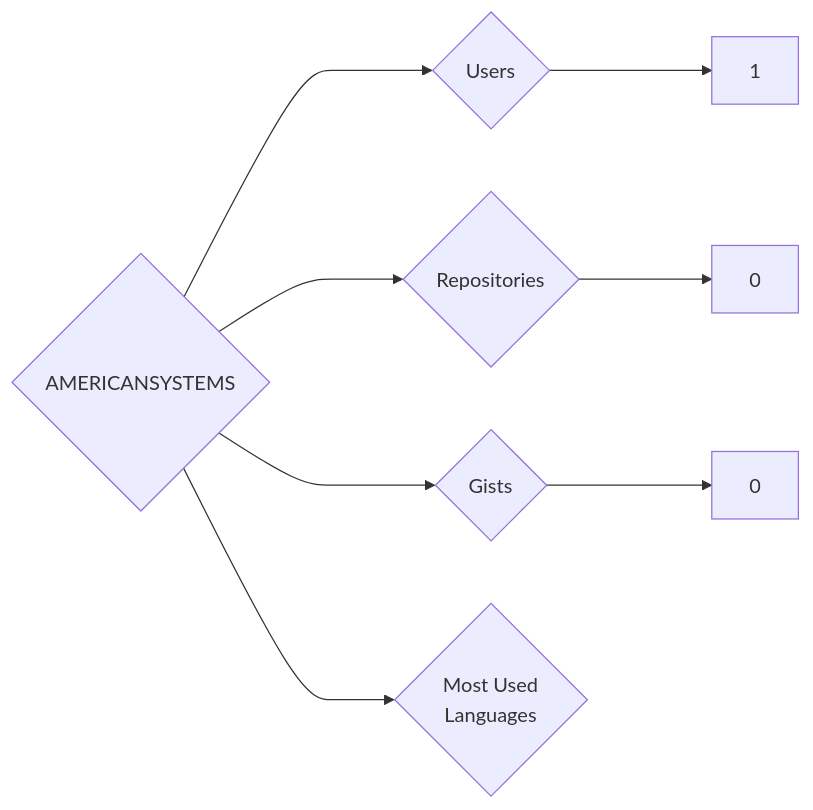
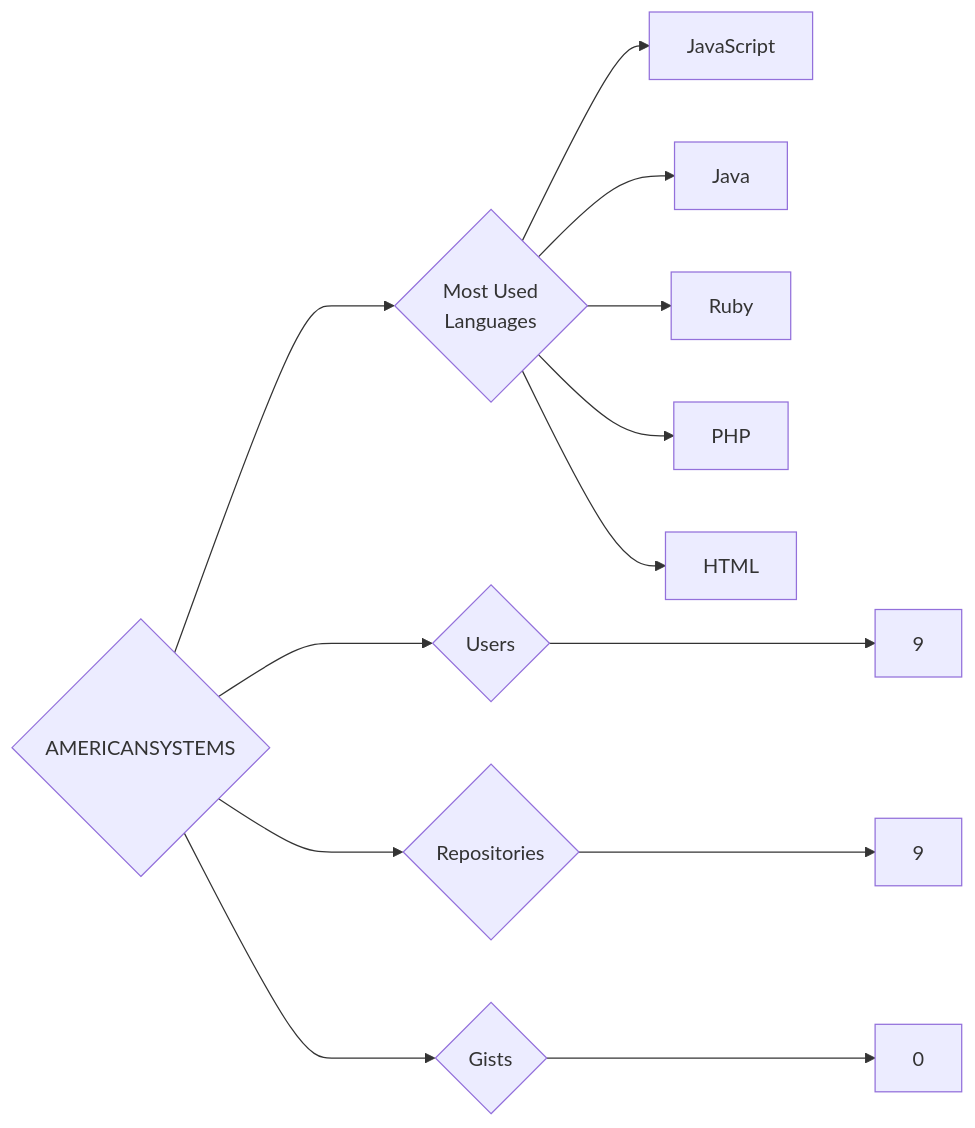
One commit to trickest/insiders changed the diagram in targets/AMERICANSYSTEMS/README.md. Above: the diagram before and after it, drawn with Mermaid. The commit also changed 1314 other files, not shown here.

````diff
--- a/targets/AMERICANSYSTEMS/README.md
+++ b/targets/AMERICANSYSTEMS/README.md
@@ -3,8 +3,13 @@
 ```mermaid
 graph LR
 COMPANY_NAME{AMERICANSYSTEMS}
-COMPANY_NAME ---> U{Users} ---> UN[1]
-COMPANY_NAME ---> R{Repositories} ---> RN[0]
+COMPANY_NAME ---> U{Users} ---> UN[9]
+COMPANY_NAME ---> R{Repositories} ---> RN[9]
 COMPANY_NAME ---> G{Gists} ---> GN[0]
 COMPANY_NAME ---> ML{Most Used<br>Languages}
+ML --> JavaScript[JavaScript]
+ML --> Java[Java]
+ML --> Ruby[Ruby]
+ML --> PHP[PHP]
+ML --> HTML[HTML]
 ```
````
